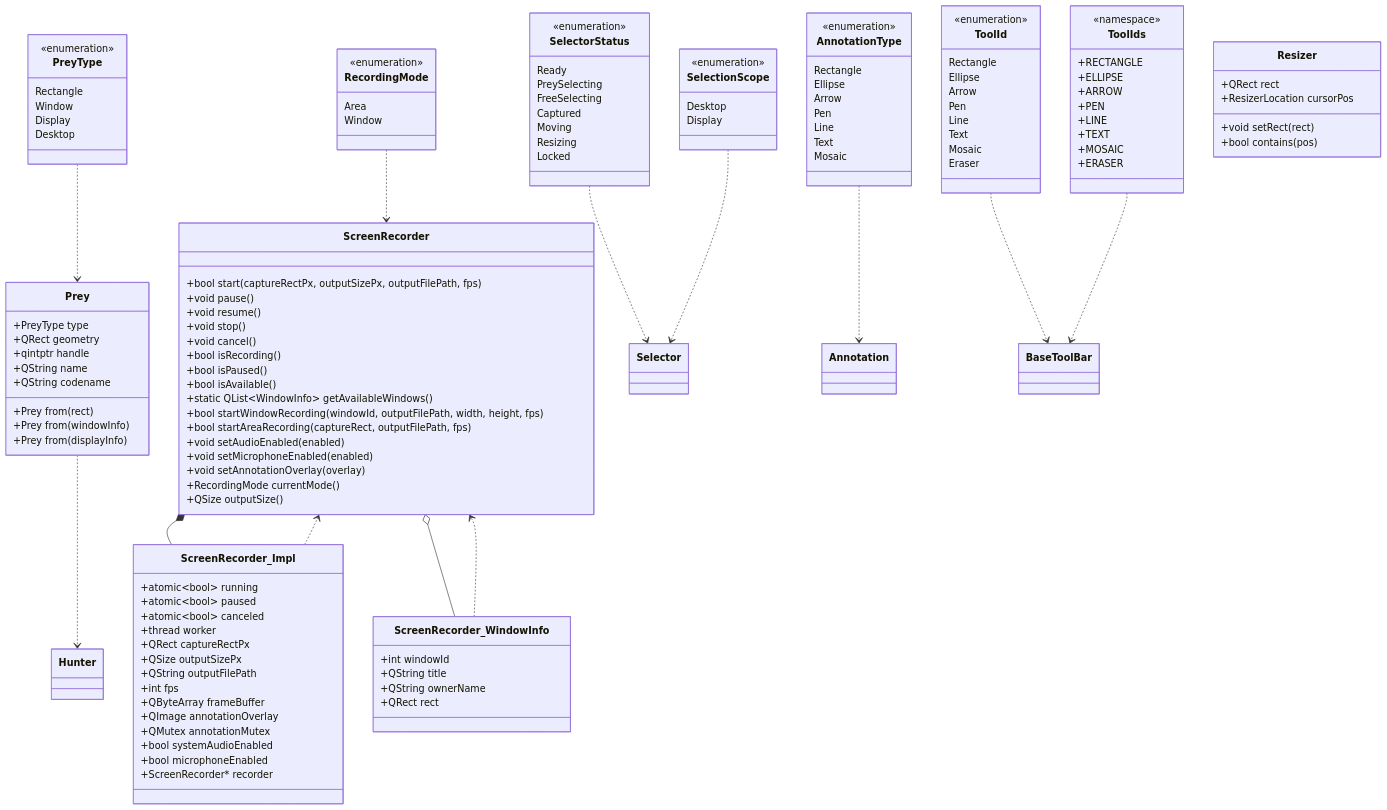
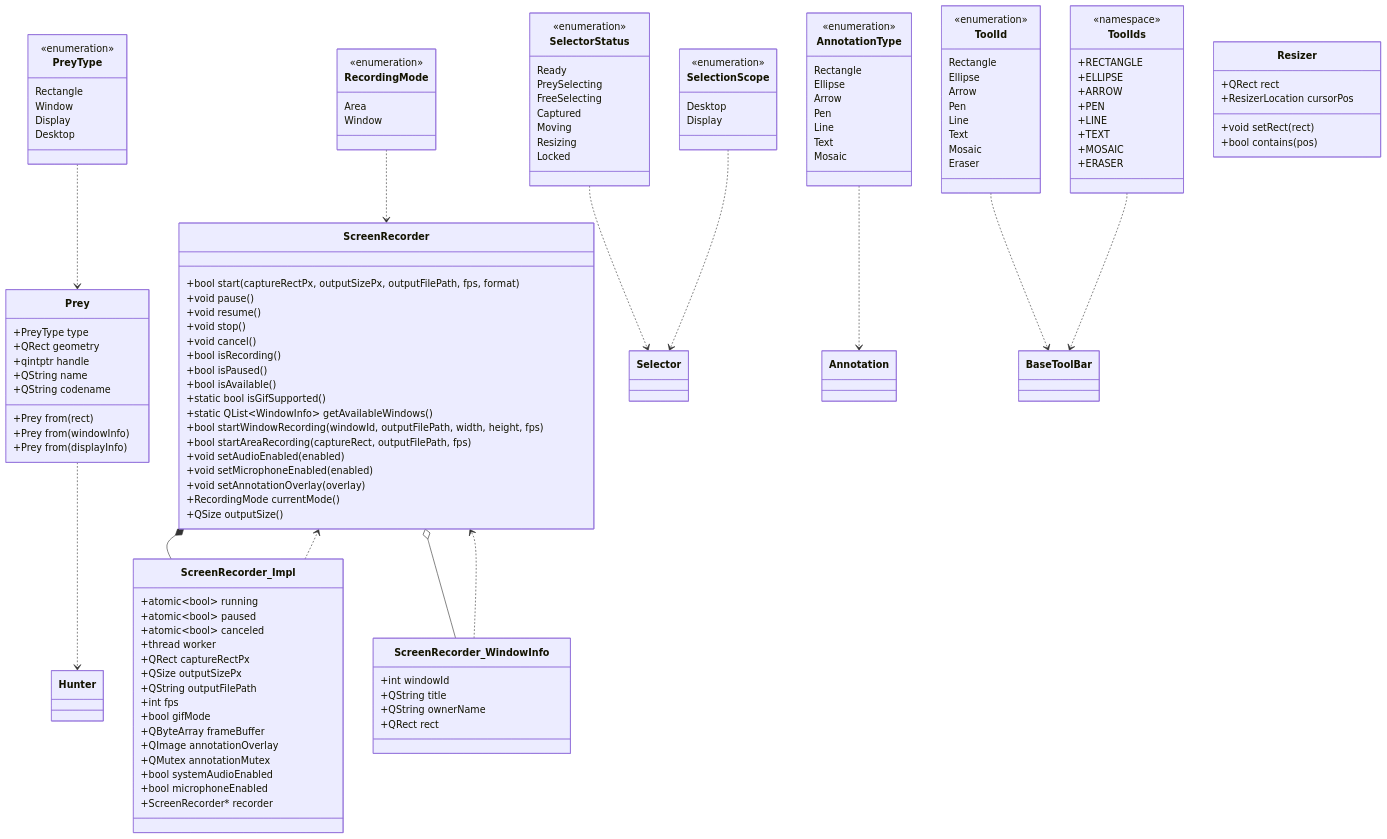
One commit to ChiangyangNPU/quick-shot changed the seventh of 35 diagrams in docs/architecture.md. Above: the diagram before and after it, drawn with Mermaid. The commit also changed other lines of this file and 9 other files, not shown here.

```diff
--- a/docs/architecture.md
+++ b/docs/architecture.md
@@ -1280,7 +1280,7 @@
     }
 
     class ScreenRecorder {
-        +bool start(captureRectPx, outputSizePx, outputFilePath, fps)
+        +bool start(captureRectPx, outputSizePx, outputFilePath, fps, format)
         +void pause()
         +void resume()
         +void stop()
@@ -1288,6 +1288,7 @@
         +bool isRecording()
         +bool isPaused()
         +bool isAvailable()
+        +static bool isGifSupported()
         +static QList~WindowInfo~ getAvailableWindows()
         +bool startWindowRecording(windowId, outputFilePath, width, height, fps)
         +bool startAreaRecording(captureRect, outputFilePath, fps)
@@ -1307,6 +1308,7 @@
         +QSize outputSizePx
         +QString outputFilePath
         +int fps
+        +bool gifMode
         +QByteArray frameBuffer
         +QImage annotationOverlay
         +QMutex annotationMutex
```
